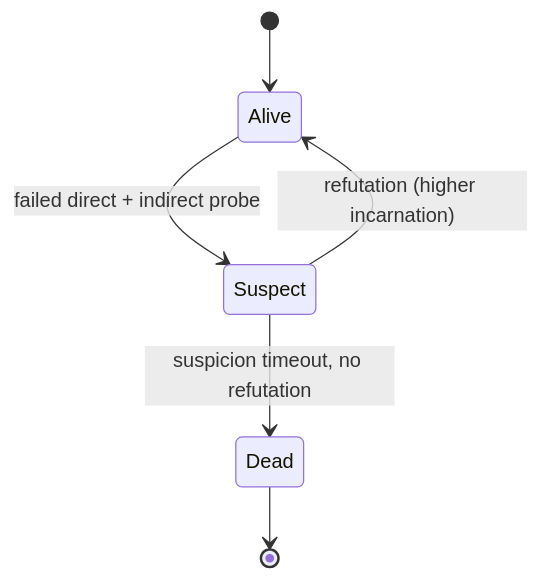
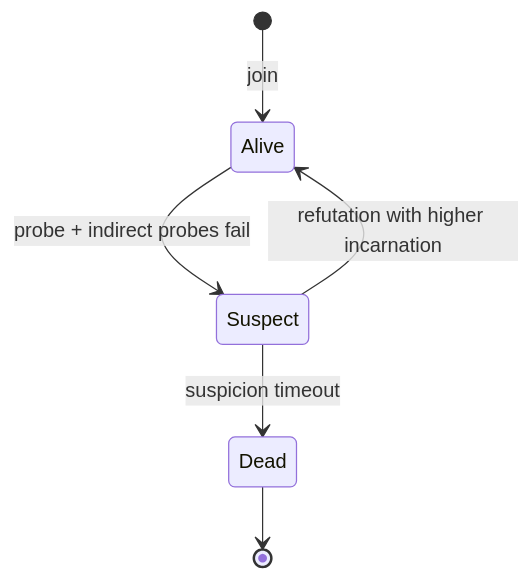
The sixth of 7 diagrams in github-pages/docs/distributed-systems/failure-detection.md (AndrewAltimit/Documentation), drawn with Mermaid before and after one commit. The commit also changed other lines of this file and 240 other files, not shown here.

````diff
--- a/github-pages/docs/distributed-systems/failure-detection.md
+++ b/github-pages/docs/distributed-systems/failure-detection.md
@@ -445,8 +416,8 @@
 ```mermaid
 stateDiagram-v2
-    [*] --> Alive
-    Alive --> Suspect: failed direct + indirect probe
-    Suspect --> Alive: refutation (higher incarnation)
-    Suspect --> Dead: suspicion timeout, no refutation
+    [*] --> Alive: join
+    Alive --> Suspect: probe + indirect probes fail
+    Suspect --> Alive: refutation with higher incarnation
+    Suspect --> Dead: suspicion timeout
     Dead --> [*]
 ```
````
